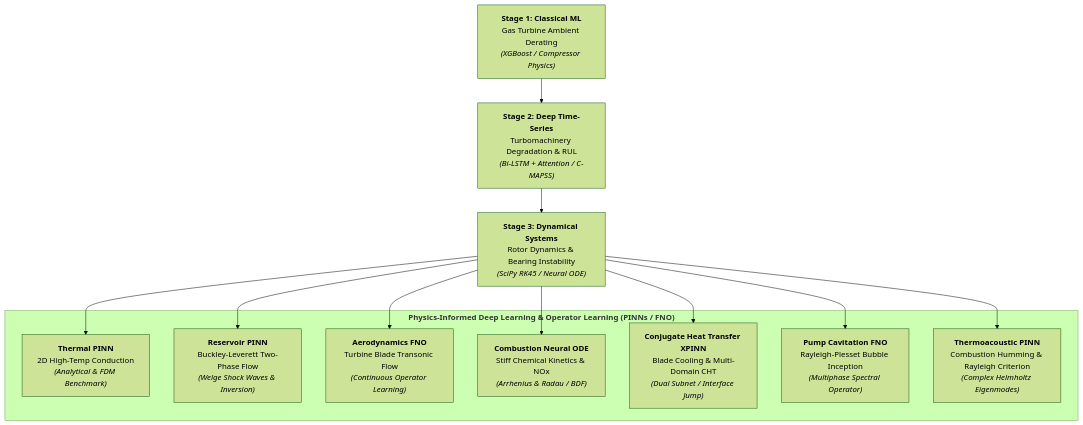
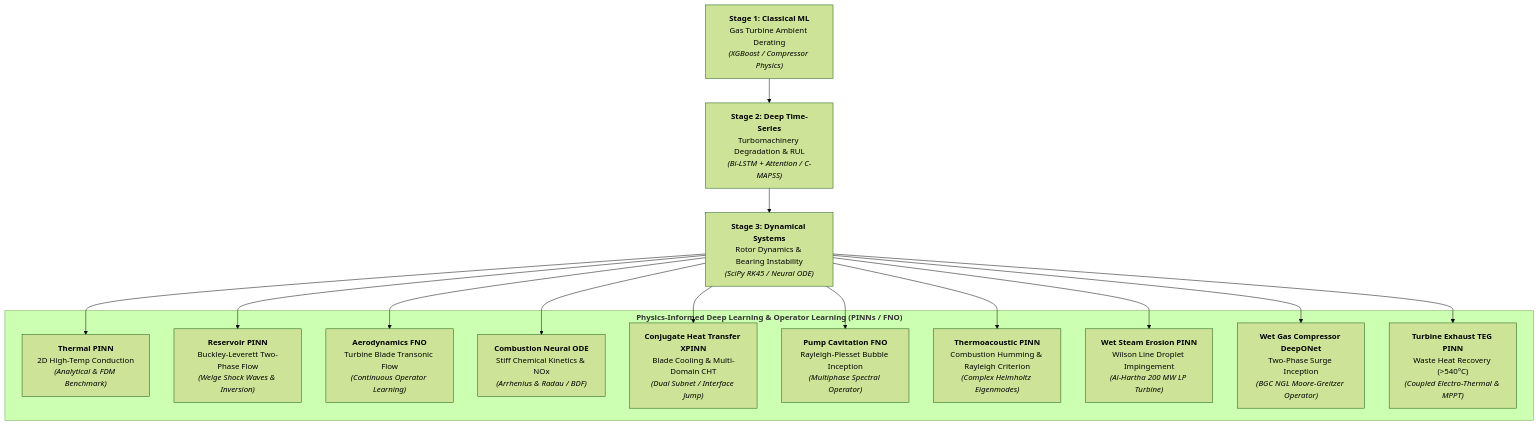
One commit to mohammedbasra-star/mohammedbasra-star changed the diagram in README.md. Above: the diagram before and after it, drawn with Mermaid (forest theme). The commit also changed other lines of this file, not shown here.

Commit message:
docs: add wet-steam-turbine-blade-erosion-pinn, basra-wet-gas-compressor-surge-deeponet, and turbine-exhaust-thermoelectric-pinn to master profile portfolio

````diff
--- a/README.md
+++ b/README.md
@@ -28,18 +28,21 @@
 ```mermaid
 flowchart TD
     S1["<b>Stage 1: Classical ML</b><br/>Gas Turbine Ambient Derating<br/><i>(XGBoost / Compressor Physics)</i>"]
     S2["<b>Stage 2: Deep Time-Series</b><br/>Turbomachinery Degradation & RUL<br/><i>(Bi-LSTM + Attention / C-MAPSS)</i>"]
     S3["<b>Stage 3: Dynamical Systems</b><br/>Rotor Dynamics & Bearing Instability<br/><i>(SciPy RK45 / Neural ODE)</i>"]
     
     subgraph CAP ["<b>Physics-Informed Deep Learning & Operator Learning (PINNs / FNO)</b>"]
         CAP1["<b>Thermal PINN</b><br/>2D High-Temp Conduction<br/><i>(Analytical & FDM Benchmark)</i>"]
         CAP2["<b>Reservoir PINN</b><br/>Buckley-Leverett Two-Phase Flow<br/><i>(Welge Shock Waves & Inversion)</i>"]
         CAP3["<b>Aerodynamics FNO</b><br/>Turbine Blade Transonic Flow<br/><i>(Continuous Operator Learning)</i>"]
         CAP4["<b>Combustion Neural ODE</b><br/>Stiff Chemical Kinetics & NOx<br/><i>(Arrhenius & Radau / BDF)</i>"]
         CAP5["<b>Conjugate Heat Transfer XPINN</b><br/>Blade Cooling & Multi-Domain CHT<br/><i>(Dual Subnet / Interface Jump)</i>"]
         CAP6["<b>Pump Cavitation FNO</b><br/>Rayleigh-Plesset Bubble Inception<br/><i>(Multiphase Spectral Operator)</i>"]
         CAP7["<b>Thermoacoustic PINN</b><br/>Combustion Humming & Rayleigh Criterion<br/><i>(Complex Helmholtz Eigenmodes)</i>"]
+        CAP8["<b>Wet Steam Erosion PINN</b><br/>Wilson Line Droplet Impingement<br/><i>(Al-Hartha 200 MW LP Turbine)</i>"]
+        CAP9["<b>Wet Gas Compressor DeepONet</b><br/>Two-Phase Surge Inception<br/><i>(BGC NGL Moore-Greitzer Operator)</i>"]
+        CAP10["<b>Turbine Exhaust TEG PINN</b><br/>Waste Heat Recovery (>540°C)<br/><i>(Coupled Electro-Thermal & MPPT)</i>"]
     end
 
-    S1 --> S2 --> S3 --> CAP1 & CAP2 & CAP3 & CAP4 & CAP5 & CAP6 & CAP7
+    S1 --> S2 --> S3 --> CAP1 & CAP2 & CAP3 & CAP4 & CAP5 & CAP6 & CAP7 & CAP8 & CAP9 & CAP10
 ```
````
